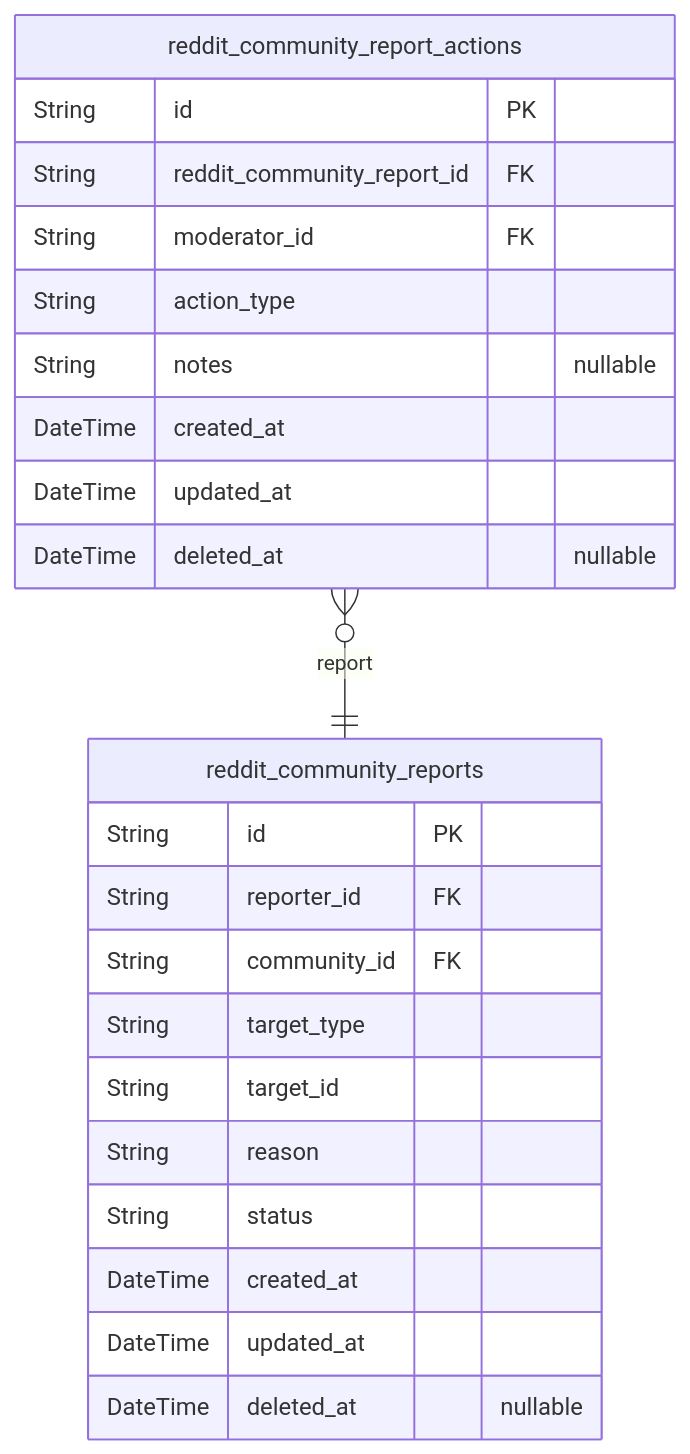
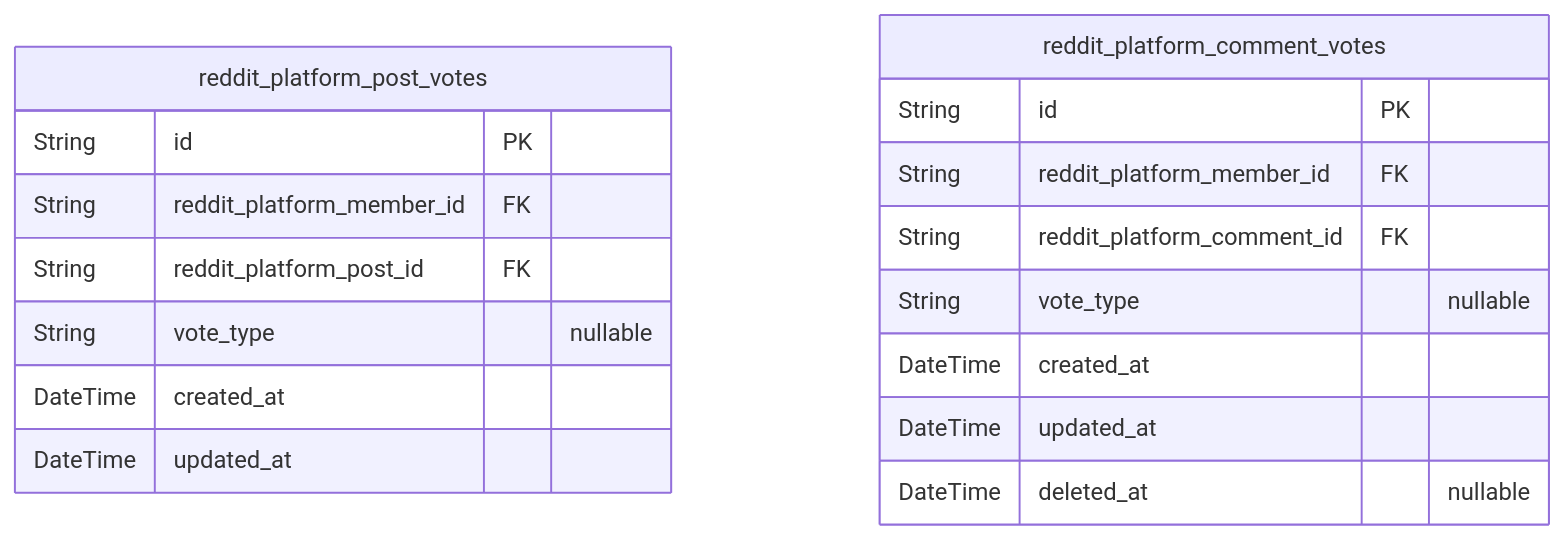
The sixth of 8 diagrams in qwen/qwen3.5-35b-a3b/reddit/docs/ERD.md (wrtnlabs/autobe-examples), drawn with Mermaid before and after one commit. The commit also changed other lines of this file and 32093 other files, not shown here.

````diff
--- a/qwen/qwen3.5-35b-a3b/reddit/docs/ERD.md
+++ b/qwen/qwen3.5-35b-a3b/reddit/docs/ERD.md
@@ -1128,26 +1274,20 @@
 ```mermaid
 erDiagram
-"reddit_community_reports" {
+"reddit_platform_post_votes" {
   String id PK
-  String reporter_id FK
-  String community_id FK
-  String target_type
-  String target_id
-  String reason
-  String status
+  String reddit_platform_member_id FK
+  String reddit_platform_post_id FK
+  String vote_type "nullable"
+  DateTime created_at
+  DateTime updated_at
+}
+"reddit_platform_comment_votes" {
+  String id PK
+  String reddit_platform_member_id FK
+  String reddit_platform_comment_id FK
+  String vote_type "nullable"
   DateTime created_at
   DateTime updated_at
   DateTime deleted_at "nullable"
 }
-"reddit_community_report_actions" {
-  String id PK
-  String reddit_community_report_id FK
-  String moderator_id FK
-  String action_type
-  String notes "nullable"
-  DateTime created_at
-  DateTime updated_at
-  DateTime deleted_at "nullable"
-}
-"reddit_community_report_actions" }o--|| "reddit_community_reports" : report
 ```
````
